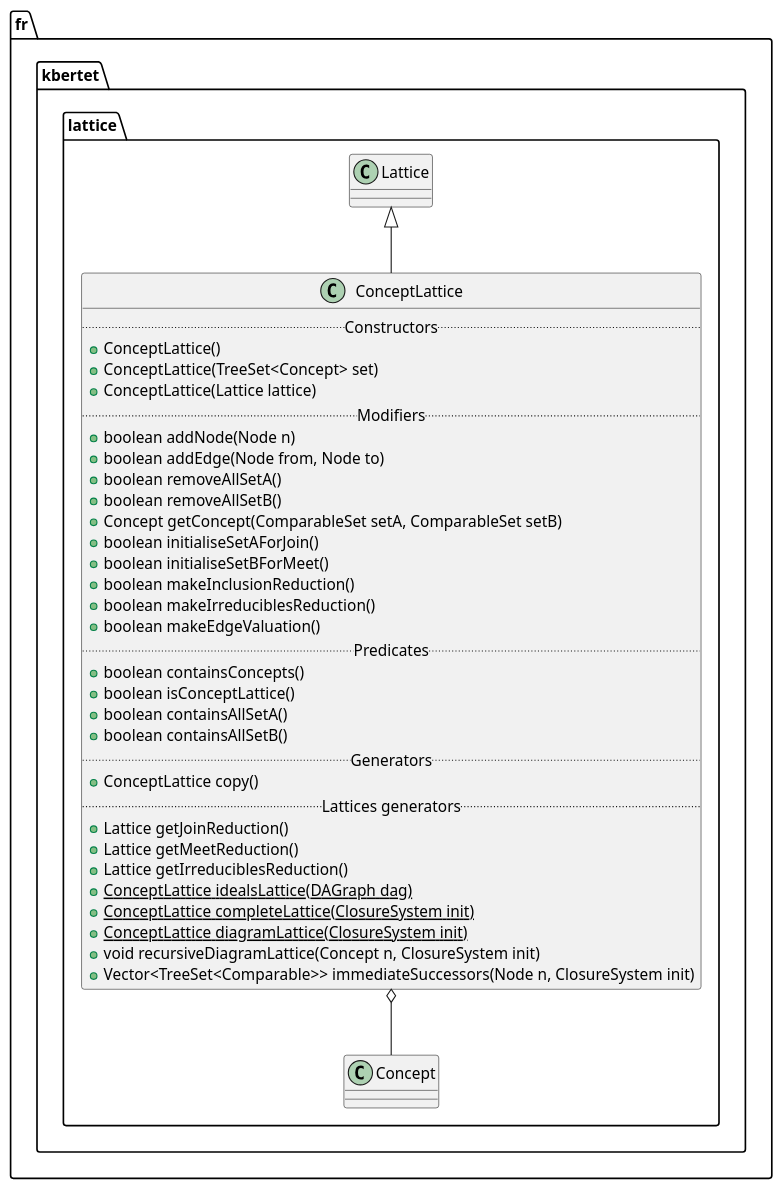
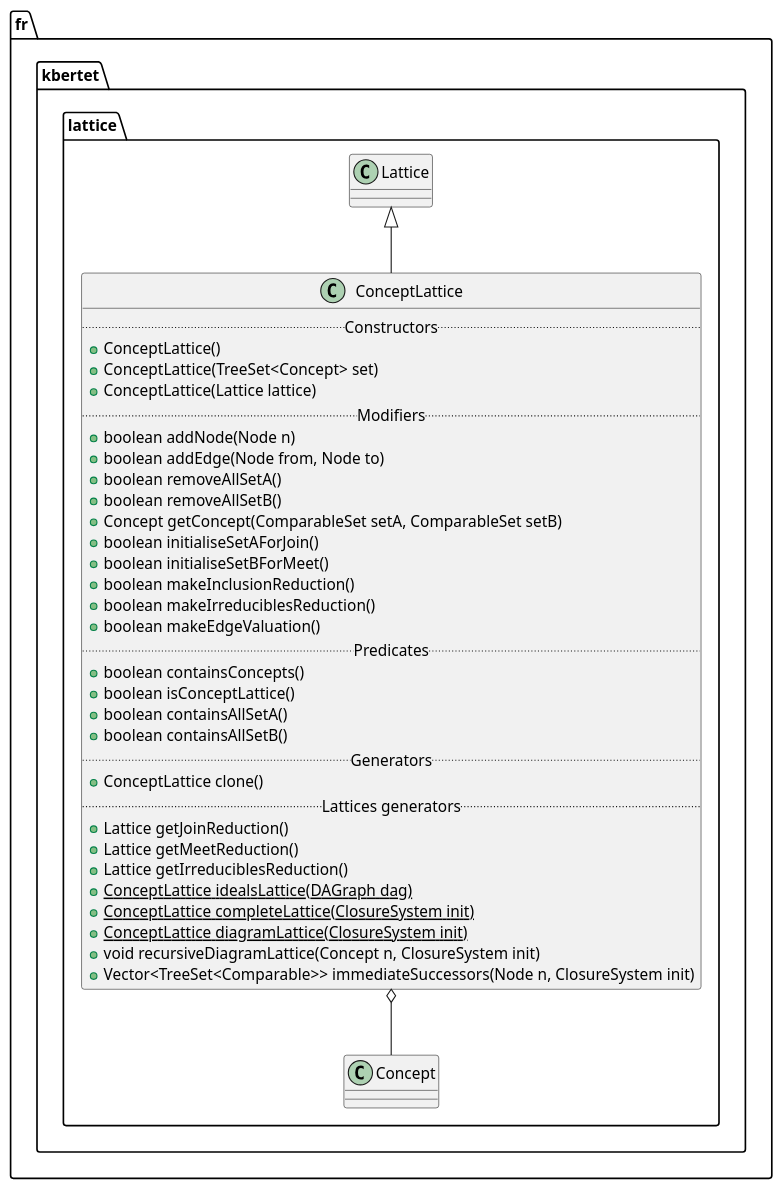
Before and after one commit to thegalactic/java-lattices: the diagram in src/fr/kbertet/lattice/ConceptLattice.iuml, drawn with PlantUML. The commit also changed 15 other files, not shown here.

Commit message:
Use clone method and Cloneable interface instead of copy method

```diff
--- a/src/fr/kbertet/lattice/ConceptLattice.iuml
+++ b/src/fr/kbertet/lattice/ConceptLattice.iuml
@@ -1,38 +1,38 @@
 package fr.kbertet.lattice {
     class ConceptLattice {
         .. Constructors ..
         +ConceptLattice()
         +ConceptLattice(TreeSet<Concept> set)
         +ConceptLattice(Lattice lattice)
         .. Modifiers ..
         +boolean addNode(Node n)
         +boolean addEdge(Node from, Node to)
         +boolean removeAllSetA()
         +boolean removeAllSetB()
         +Concept getConcept(ComparableSet setA, ComparableSet setB)
         +boolean initialiseSetAForJoin()
         +boolean initialiseSetBForMeet()
         +boolean makeInclusionReduction()
         +boolean makeIrreduciblesReduction()
         +boolean makeEdgeValuation()
         .. Predicates ..
         +boolean containsConcepts()
         +boolean isConceptLattice()
         +boolean containsAllSetA()
         +boolean containsAllSetB()
         .. Generators ..
-        +ConceptLattice copy()
+        +ConceptLattice clone()
         .. Lattices generators ..
         +Lattice getJoinReduction()
         +Lattice getMeetReduction()
         +Lattice getIrreduciblesReduction()
         +{static} ConceptLattice idealsLattice(DAGraph dag)
         +{static} ConceptLattice completeLattice(ClosureSystem init)
         +{static} ConceptLattice diagramLattice(ClosureSystem init)
         +void recursiveDiagramLattice(Concept n, ClosureSystem init)
         +Vector<TreeSet<Comparable>> immediateSuccessors(Node n, ClosureSystem init)
     }
 
     Lattice <|-- ConceptLattice
     ConceptLattice o-- Concept
 }
```
